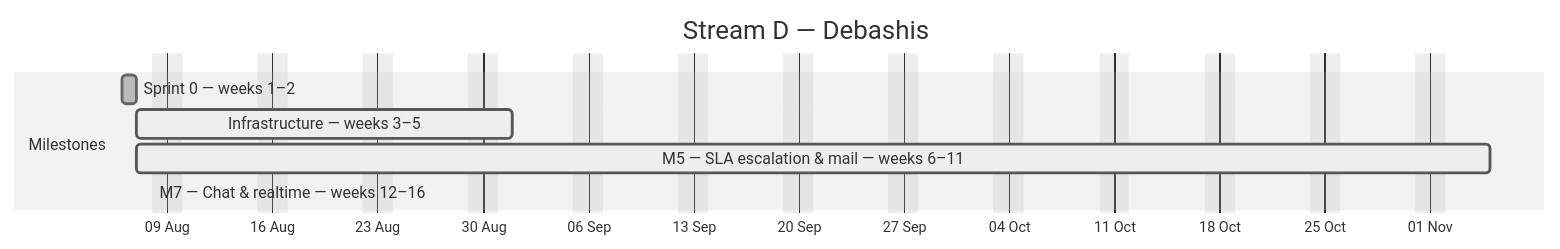
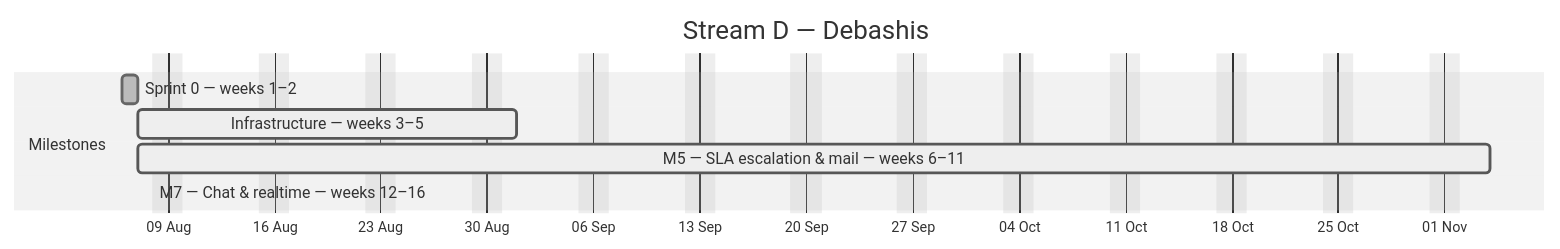
Before and after one commit to debashisedunext/EduTrack: the fourth of 4 diagrams in docs/plan/GANTT.md, drawn with Mermaid (neutral theme). The commit also changed other lines of this file and 2 other files, not shown here.

````diff
--- a/docs/plan/GANTT.md
+++ b/docs/plan/GANTT.md
@@ -171,12 +170,12 @@
 ```mermaid
 gantt
     dateFormat YYYY-MM-DD
     axisFormat %d %b
     title Stream D — Debashis
     excludes weekends
     section Milestones
     Sprint 0 — weeks 1–2 :done, d0, 2026-08-06, 1d
     Infrastructure — weeks 3–5 :active, d1, 2026-08-07, 17d
-    M5 — SLA  escalation & mail — weeks 6–11 :active, d2, 2026-08-07, 64d
+    M5 — SLA  escalation & mail — weeks 6–11 :active, d2, 2026-08-07, 63d
     M7 — Chat & realtime — weeks 12–16 :active, d3, 2026-08-08, -14d
 ```
````
